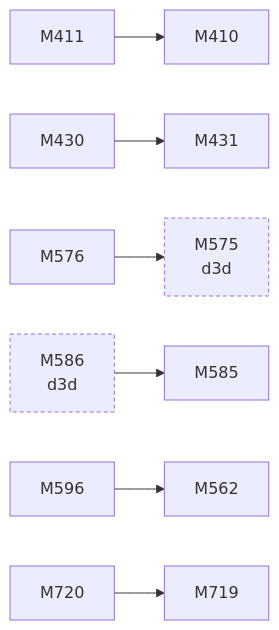
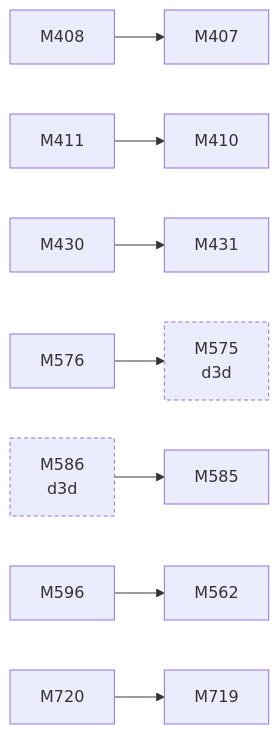
The third of 3 diagrams in docs/facts/graphs/display.md (D-Ogi/amdgpu-wddm), drawn with Mermaid before and after one commit. The commit also changed other lines of this file and 14 other files, not shown here.

````diff
--- a/docs/facts/graphs/display.md
+++ b/docs/facts/graphs/display.md
@@ -158,23 +159,26 @@
 ```mermaid
 flowchart LR
+  M407["M407"]
+  M408["M408"]
   M410["M410"]
   M411["M411"]
   M430["M430"]
   M431["M431"]
   M562["M562"]
   M575["M575<br/>d3d"]
   M576["M576"]
   M585["M585"]
   M586["M586<br/>d3d"]
   M596["M596"]
   M719["M719"]
   M720["M720"]
+  M408 --> M407
   M411 --> M410
   M430 --> M431
   M576 --> M575
   M596 --> M562
   M720 --> M719
   M586 --> M585
   classDef other stroke-dasharray:4 3
   class M575,M586 other
 ```
````
